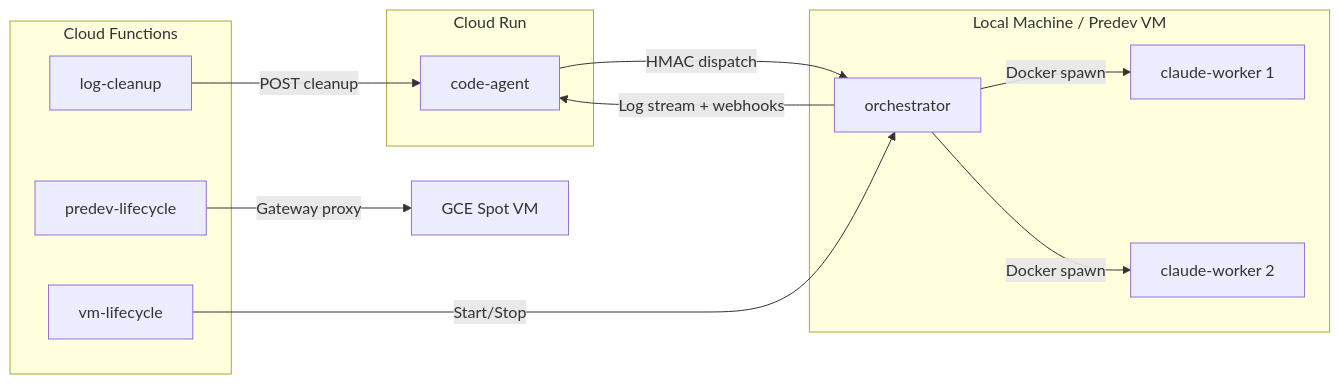
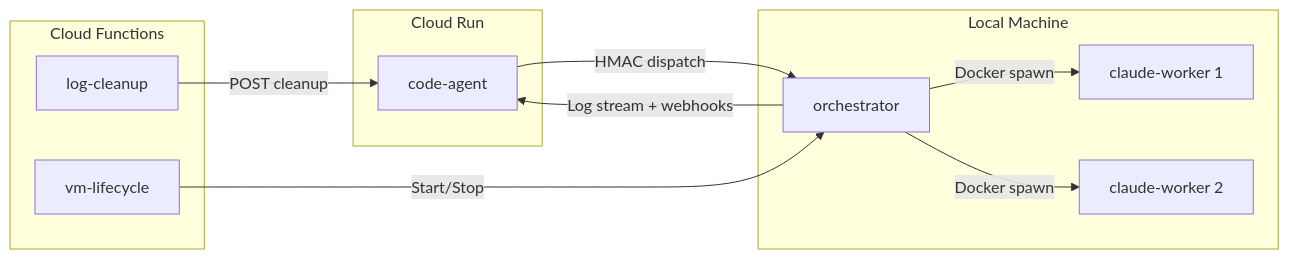
Before and after one commit to pbuchman/intexuraos: the third of 5 diagrams in docs/overview.md, drawn with Mermaid. The commit also changed other lines of this file and 78 other files, not shown here.

First line of the commit message:
Remove predev-lifecycle service and clean up stale docs/plans

````diff
--- a/docs/overview.md
+++ b/docs/overview.md
@@ -315,27 +312,25 @@
 ```mermaid
 graph LR
     subgraph "Cloud Functions"
         LC[log-cleanup]
-        PL[predev-lifecycle]
         VL[vm-lifecycle]
     end
 
-    subgraph "Local Machine / Predev VM"
+    subgraph "Local Machine"
         ORCH[orchestrator]
         CW1[claude-worker 1]
         CW2[claude-worker 2]
     end
 
     subgraph "Cloud Run"
         CA[code-agent]
     end
 
     CA --> |HMAC dispatch| ORCH
     ORCH --> |Docker spawn| CW1
     ORCH --> |Docker spawn| CW2
     ORCH --> |Log stream + webhooks| CA
 
     LC --> |POST cleanup| CA
     VL --> |Start/Stop| ORCH
-    PL --> |Gateway proxy| VM[GCE Spot VM]
 ```
````
